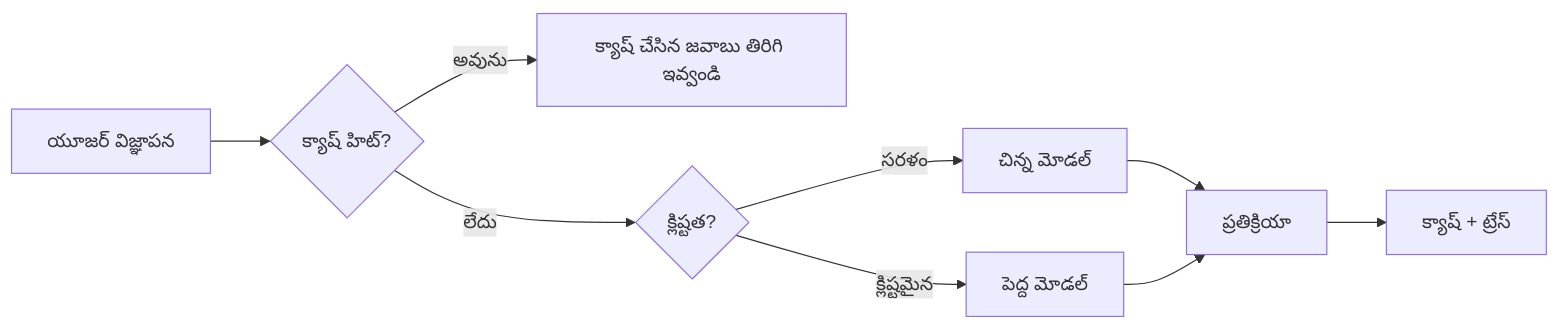
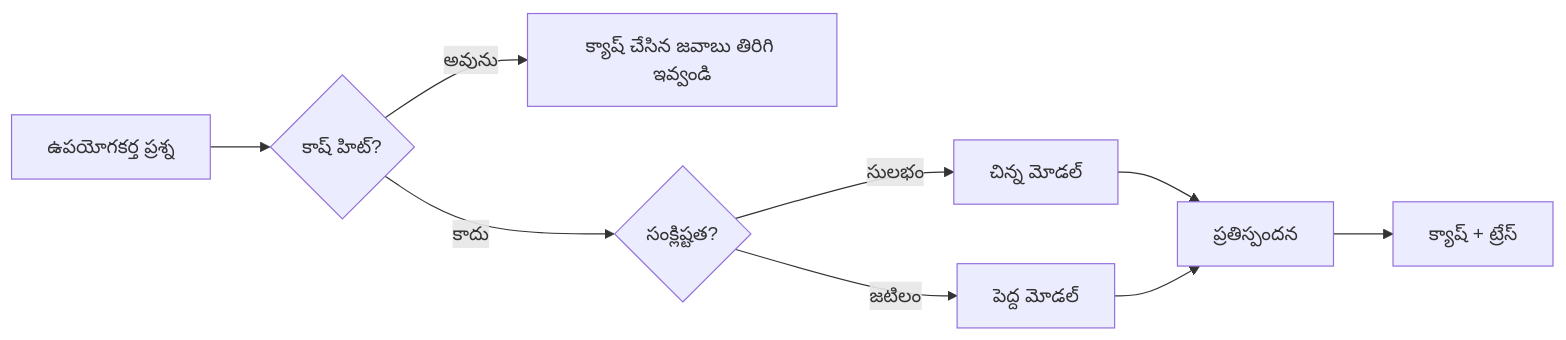
Before and after one commit to microsoft/ai-agents-for-beginners: the third of 4 diagrams in translations/te/16-deploying-scalable-agents/README.md, drawn with Mermaid. The commit also changed other lines of this file and 43 other files, not shown here.

````diff
--- a/translations/te/16-deploying-scalable-agents/README.md
+++ b/translations/te/16-deploying-scalable-agents/README.md
@@ -134,11 +134,11 @@
 ```mermaid
 flowchart LR
-    Q[యూజర్ విజ్ఞాపన] --> C{క్యాష్ హిట్?}
+    Q[ఉపయోగకర్త ప్రశ్న] --> C{కాష్ హిట్?}
     C -->|అవును| R[క్యాష్ చేసిన జవాబు తిరిగి ఇవ్వండి]
-    C -->|లేదు| Router{క్లిష్టత?}
-    Router -->|సరళం| SLM[చిన్న మోడల్]
-    Router -->|క్లిష్టమైన| LLM[పెద్ద మోడల్]
-    SLM --> Out[ప్రతిక్రియా]
+    C -->|కాదు| Router{సంక్లిష్టత?}
+    Router -->|సులభం| SLM[చిన్న మోడల్]
+    Router -->|జటిలం| LLM[పెద్ద మోడల్]
+    SLM --> Out[ప్రతిస్పందన]
     LLM --> Out
     Out --> Store[క్యాష్ + ట్రేస్]
 ```
````
